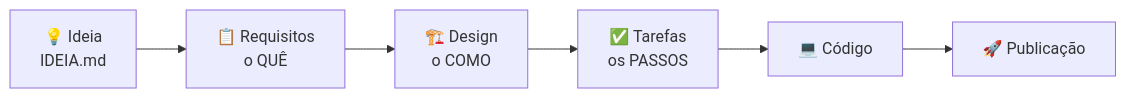
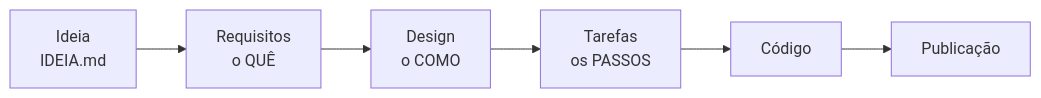
The diagram in README.md (lohansilva/oficina-sdd-copilot), drawn with Mermaid before and after one commit. The commit also changed other lines of this file and 4 other files, not shown here.

````diff
--- a/README.md
+++ b/README.md
@@ -45,8 +45,8 @@
 ```mermaid
 flowchart LR
-    A["💡 Ideia<br/>IDEIA.md"] --> B["📋 Requisitos<br/>o QUÊ"]
-    B --> C["🏗️ Design<br/>o COMO"]
-    C --> D["✅ Tarefas<br/>os PASSOS"]
-    D --> E["💻 Código"]
-    E --> F["🚀 Publicação"]
+    A["Ideia<br/>IDEIA.md"] --> B["Requisitos<br/>o QUÊ"]
+    B --> C["Design<br/>o COMO"]
+    C --> D["Tarefas<br/>os PASSOS"]
+    D --> E["Código"]
+    E --> F["Publicação"]
 ```
````
